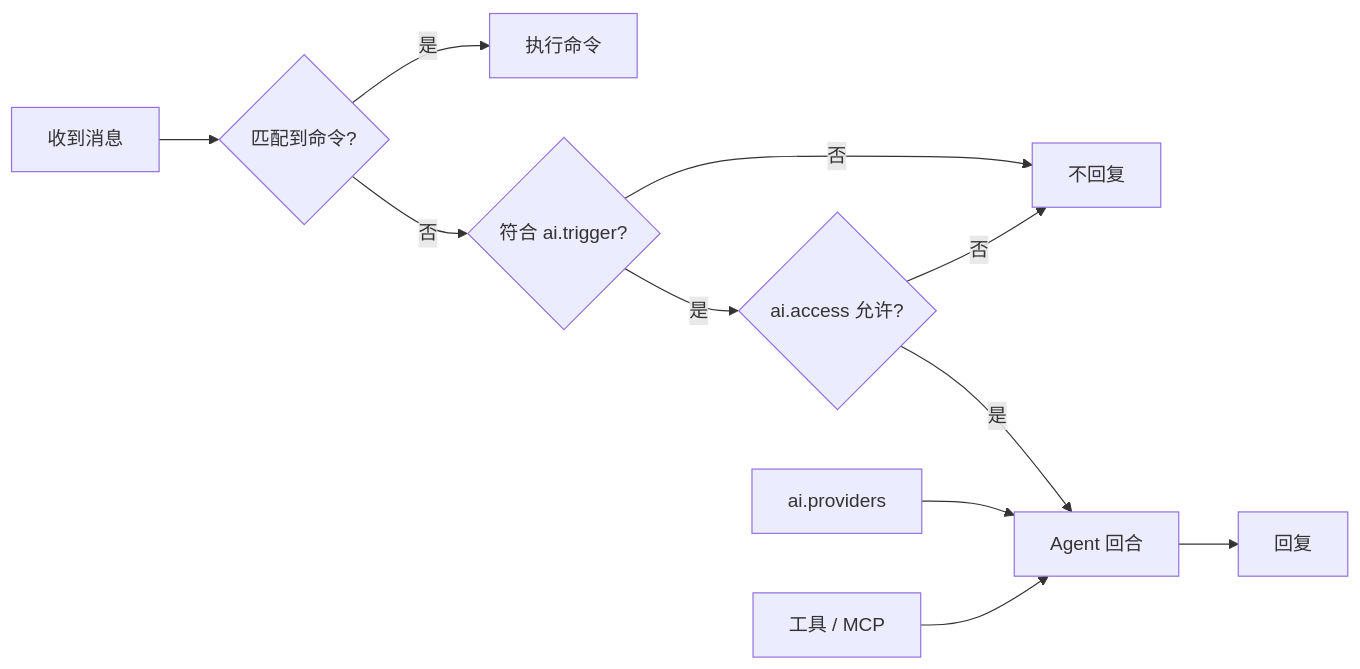
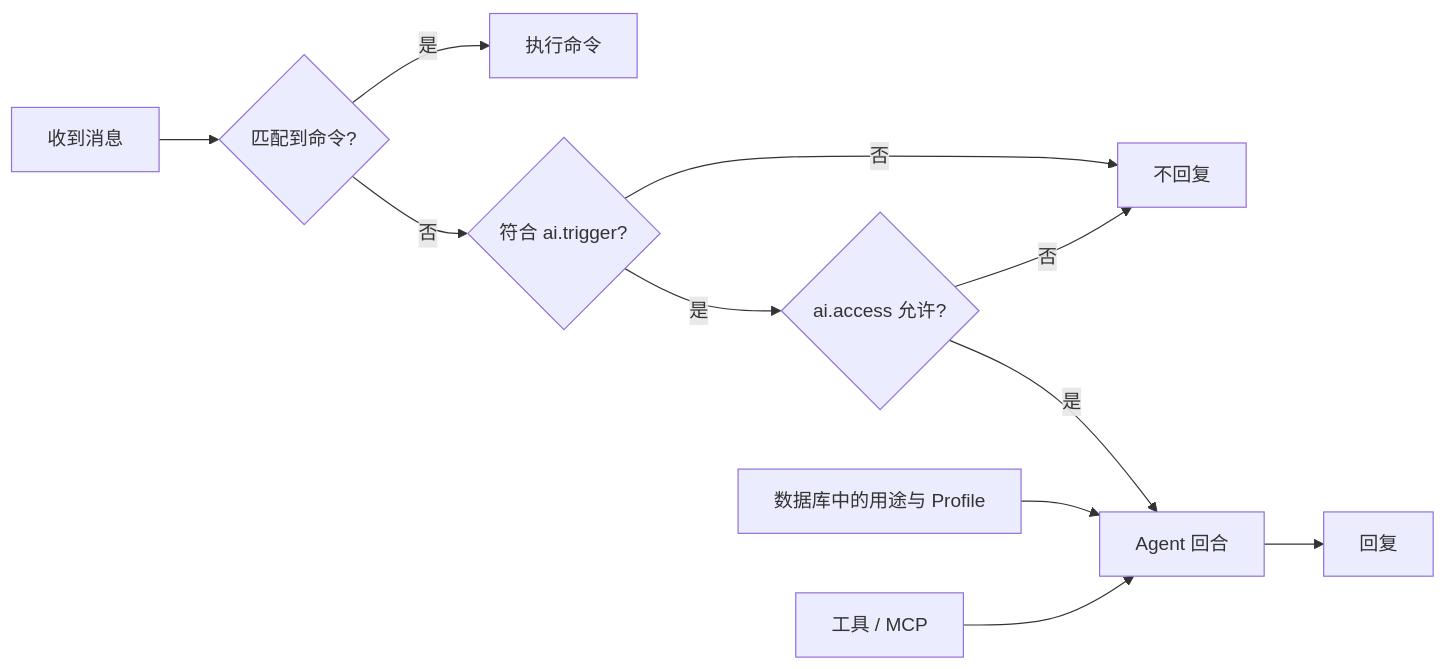
The diagram in docs/ai/index.md (zhinjs/zhin), drawn with Mermaid before and after one commit. The commit also changed other lines of this file and 561 other files, not shown here.

````diff
--- a/docs/ai/index.md
+++ b/docs/ai/index.md
@@ -499,13 +278,13 @@
 ```mermaid
 flowchart LR
     M[收到消息] --> C{匹配到命令?}
     C -- 是 --> R1[执行命令]
     C -- 否 --> T{符合 ai.trigger?}
     T -- 否 --> X[不回复]
     T -- 是 --> G{ai.access 允许?}
     G -- 否 --> X
     G -- 是 --> A[Agent 回合]
-    P[ai.providers] --> A
+    P[数据库中的用途与 Profile] --> A
     S[工具 / MCP] --> A
     A --> R2[回复]
 ```
````
